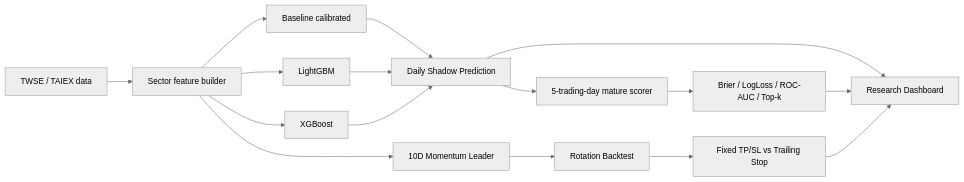
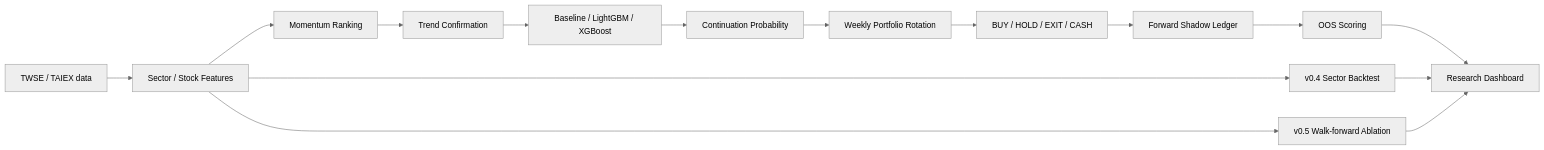
One commit to s0914712/STOCK changed the diagram in README.md. Above: the diagram before and after it, drawn with Mermaid (neutral theme). The commit also changed other lines of this file, not shown here.

Commit message:
docs: integrate momentum rotation v0.5

````diff
--- a/README.md
+++ b/README.md
@@ -11,20 +16,18 @@
 ```mermaid
 flowchart LR
-    A[TWSE / TAIEX data] --> B[Sector feature builder]
-    B --> C[Baseline calibrated]
-    B --> D[LightGBM]
-    B --> E[XGBoost]
-    C --> F[Daily Shadow Prediction]
-    D --> F
-    E --> F
-    F --> G[5-trading-day mature scorer]
-    G --> H[Brier / LogLoss / ROC-AUC / Top-k]
+    A[TWSE / TAIEX data] --> B[Sector / Stock Features]
+    B --> C[Momentum Ranking]
+    C --> D[Trend Confirmation]
+    D --> E[Baseline / LightGBM / XGBoost]
+    E --> F[Continuation Probability]
+    F --> G[Weekly Portfolio Rotation]
+    G --> H[BUY / HOLD / EXIT / CASH]
+    H --> I[Forward Shadow Ledger]
+    I --> J[OOS Scoring]
+    J --> K[Research Dashboard]
 
-    B --> I[10D Momentum Leader]
-    I --> J[Rotation Backtest]
-    J --> K[Fixed TP/SL vs Trailing Stop]
-
-    F --> L[Research Dashboard]
-    H --> L
-    K --> L
+    B --> L[v0.4 Sector Backtest]
+    B --> M[v0.5 Walk-forward Ablation]
+    L --> K
+    M --> K
 ```
````
